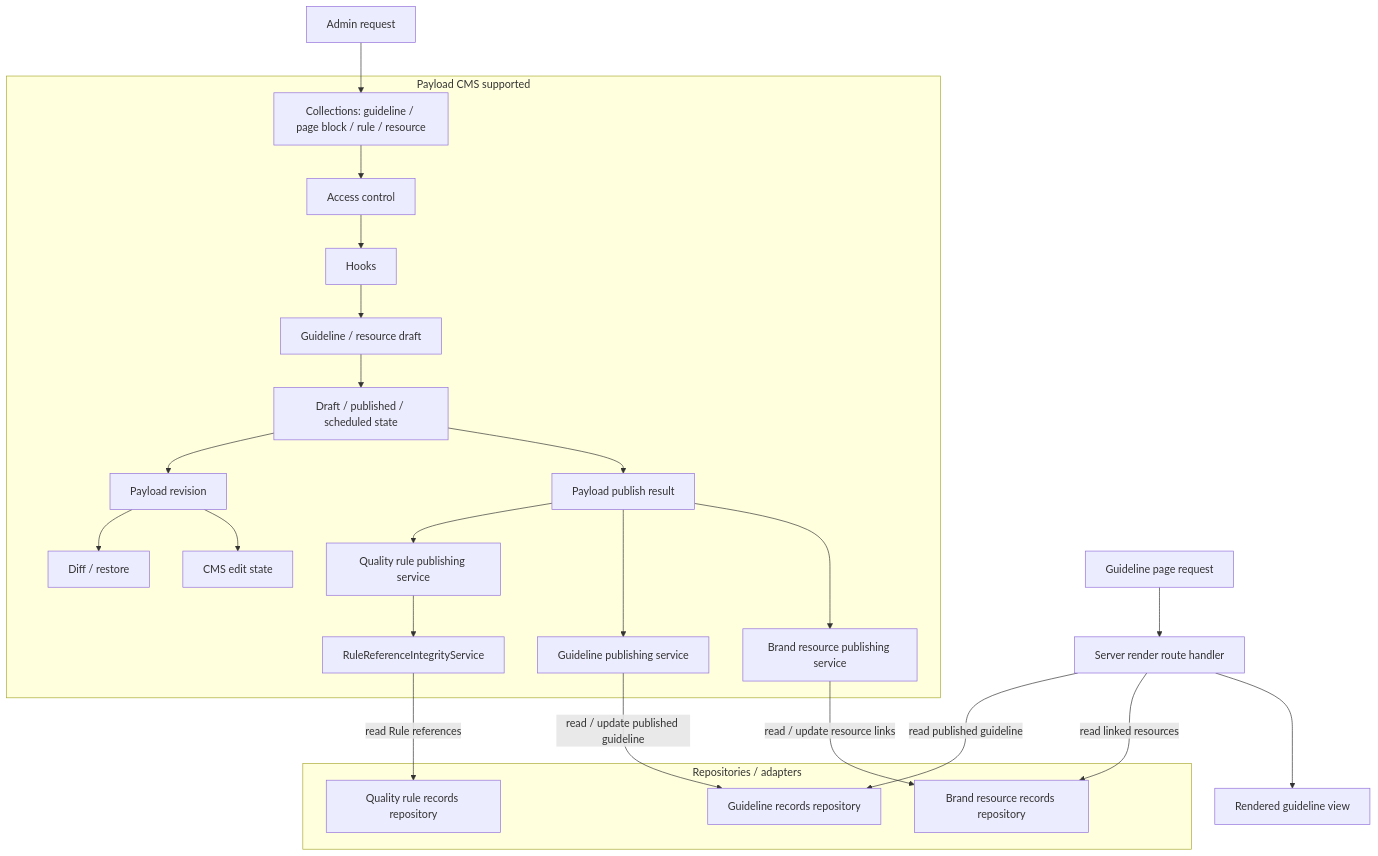
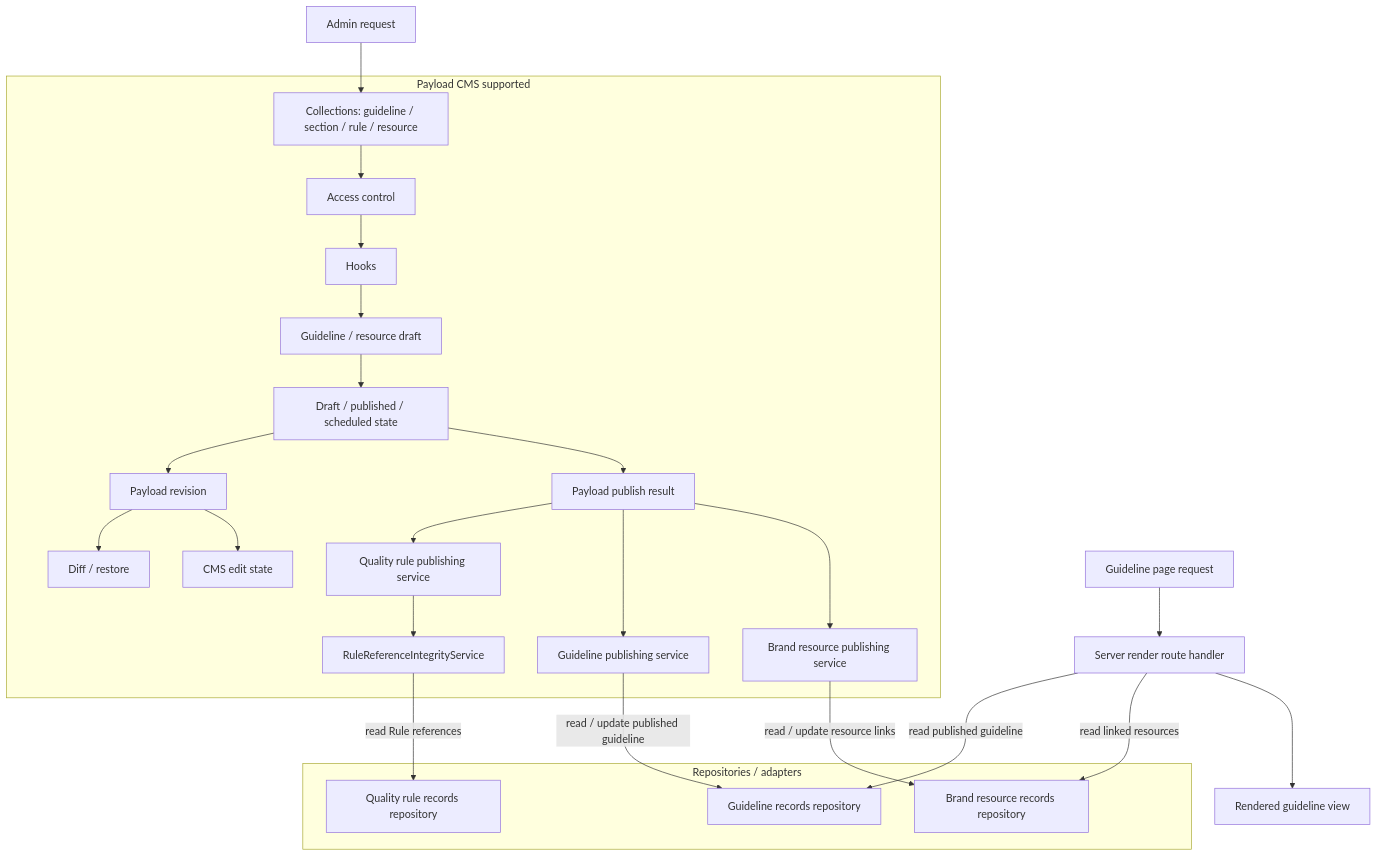
One commit to Living-Brand-System/living-brand-system changed the second of 8 diagrams in docs/05-system-architecture.md. Above: the diagram before and after it, drawn with Mermaid. The commit also changed other lines of this file and 207 other files, not shown here.

````diff
--- a/docs/05-system-architecture.md
+++ b/docs/05-system-architecture.md
@@ -271,53 +271,53 @@
 ```mermaid
 flowchart TB
   AdminRequest["Admin request"]
   GuidelineRequest["Guideline page request"]
 
   subgraph PayloadSupported["Payload CMS supported"]
-    Collections["Collections: guideline / page block / rule / resource"]
+    Collections["Collections: guideline / section / rule / resource"]
     Access["Access control"]
     Hooks["Hooks"]
     Draft["Guideline / resource draft"]
     PublishState["Draft / published / scheduled state"]
     Revision["Payload revision"]
     DiffRestore["Diff / restore"]
     EditState["CMS edit state"]
     PublishResult["Payload publish result"]
     QualityRuleService["Quality rule publishing service"]
     GuidelineService["Guideline publishing service"]
     ResourceService["Brand resource publishing service"]
     RuleIntegrity["RuleReferenceIntegrityService"]
   end
 
   subgraph Repositories["Repositories / adapters"]
     GuidelineRepository["Guideline records repository"]
     QualityRuleRepository["Quality rule records repository"]
     BrandResourceRepository["Brand resource records repository"]
   end
 
   ServerRender["Server render route handler"]
   RenderedView["Rendered guideline view"]
 
   AdminRequest --> Collections
   Collections --> Access
   Access --> Hooks
   Hooks --> Draft
   Draft --> PublishState
   PublishState --> Revision
   Revision --> DiffRestore
   Revision --> EditState
 
   PublishState --> PublishResult
   PublishResult --> QualityRuleService
   PublishResult --> GuidelineService
   PublishResult --> ResourceService
   QualityRuleService --> RuleIntegrity
   RuleIntegrity -->|"read Rule references"| QualityRuleRepository
   GuidelineService -->|"read / update published guideline"| GuidelineRepository
   ResourceService -->|"read / update resource links"| BrandResourceRepository
 
   GuidelineRequest --> ServerRender
   ServerRender -->|"read published guideline"| GuidelineRepository
   ServerRender -->|"read linked resources"| BrandResourceRepository
   ServerRender --> RenderedView
 ```
````
